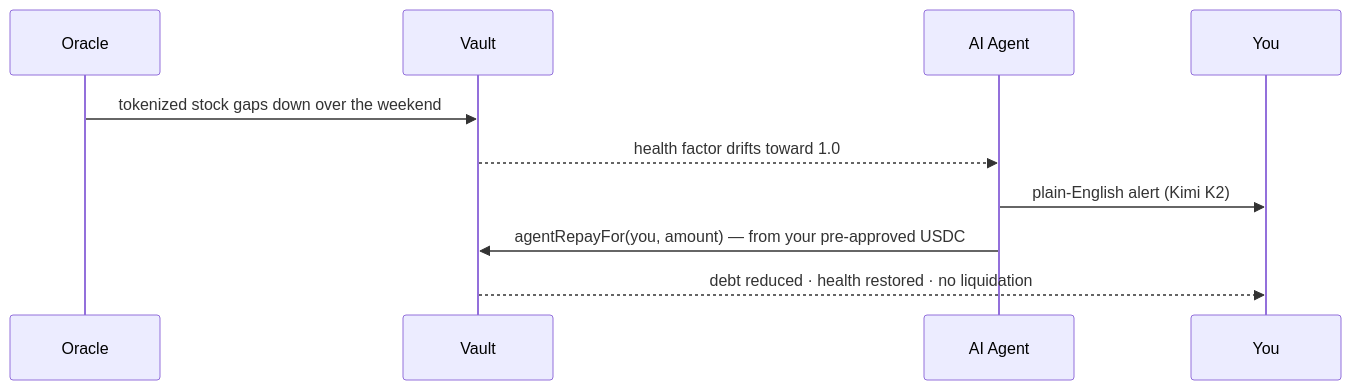
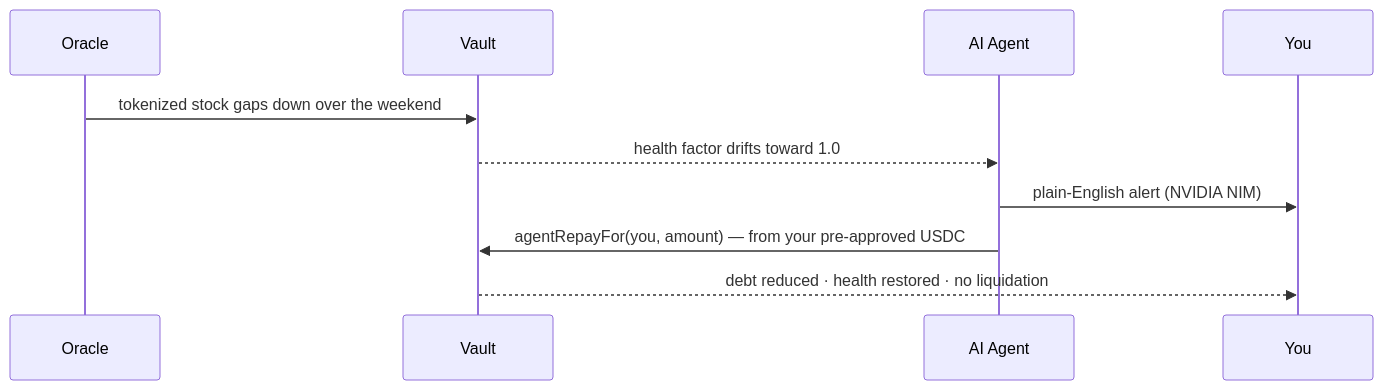
Before and after one commit to Ritik200238/tessera: the second of 3 diagrams in README.md, drawn with Mermaid. The commit also changed other lines of this file and 9 other files, not shown here.

````diff
--- a/README.md
+++ b/README.md
@@ -90,12 +90,12 @@
 ```mermaid
 sequenceDiagram
   participant O as Oracle
   participant V as Vault
   participant A as AI Agent
   participant U as You
   O->>V: tokenized stock gaps down over the weekend
   V-->>A: health factor drifts toward 1.0
-  A->>U: plain-English alert (Kimi K2)
+  A->>U: plain-English alert (NVIDIA NIM)
   A->>V: agentRepayFor(you, amount) — from your pre-approved USDC
   V-->>U: debt reduced · health restored · no liquidation
 ```
````
